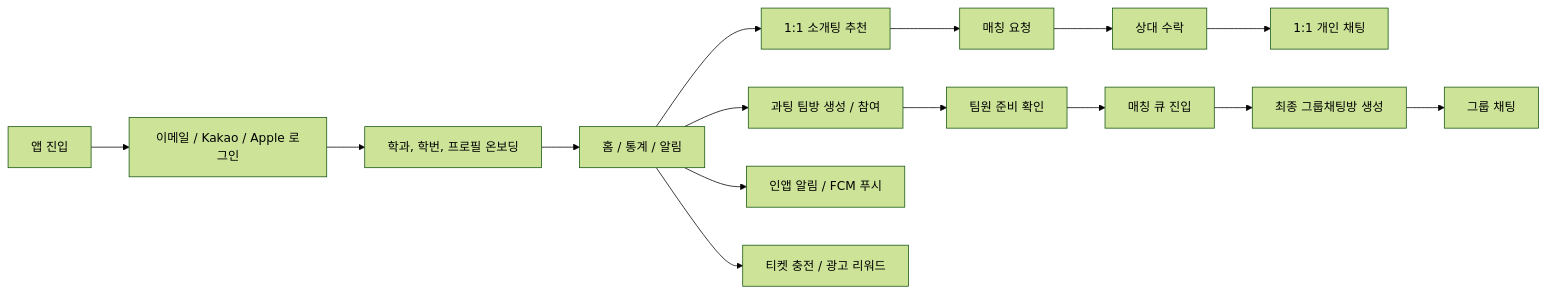
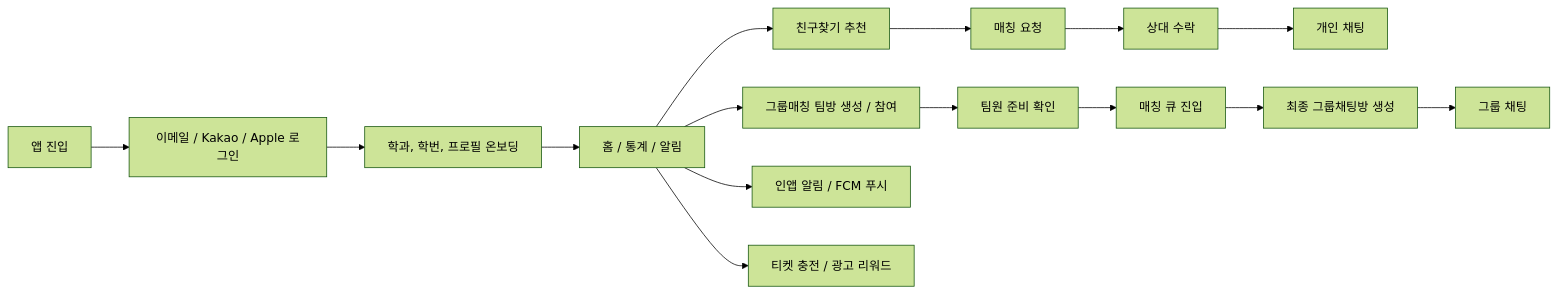
Before and after one commit to jaemin-devlog/AirConnect: the second of 6 diagrams in README.md, drawn with Mermaid (forest theme). The commit also changed other lines of this file, not shown here.

````diff
--- a/README.md
+++ b/README.md
@@ -137,20 +137,20 @@
 ```mermaid
 flowchart LR
     Start["앱 진입"] --> Login["이메일 / Kakao / Apple 로그인"]
     Login --> Onboarding["학과, 학번, 프로필 온보딩"]
     Onboarding --> Home["홈 / 통계 / 알림"]
 
-    Home --> OneToOne["1:1 소개팅 추천"]
-    OneToOne --> Request["매칭 요청"]
+    Home --> FriendSearch["친구찾기 추천"]
+    FriendSearch --> Request["매칭 요청"]
     Request --> Accept["상대 수락"]
-    Accept --> PersonalChat["1:1 개인 채팅"]
+    Accept --> PersonalChat["개인 채팅"]
 
-    Home --> GroupStart["과팅 팀방 생성 / 참여"]
+    Home --> GroupStart["그룹매칭 팀방 생성 / 참여"]
     GroupStart --> Ready["팀원 준비 확인"]
     Ready --> Queue["매칭 큐 진입"]
     Queue --> FinalRoom["최종 그룹채팅방 생성"]
     FinalRoom --> GroupChat["그룹 채팅"]
 
     Home --> Notification["인앱 알림 / FCM 푸시"]
     Home --> Tickets["티켓 충전 / 광고 리워드"]
 ```
````
